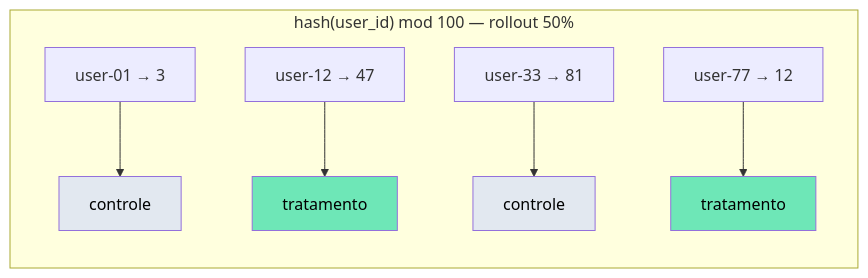
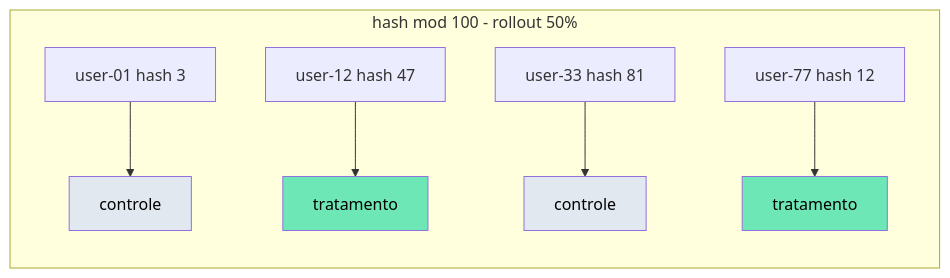
One commit to apsferreira/pulse-service changed the third of 4 diagrams in README.md. Above: the diagram before and after it, drawn with Mermaid. The commit also changed other lines of this file, not shown here.

Commit message:
fix: simplifica diagramas Mermaid removendo caracteres especiais (quotes, em-dash, unicode arrows)

````diff
--- a/README.md
+++ b/README.md
@@ -68,13 +68,13 @@
 ```mermaid
 graph LR
-    subgraph "hash(user_id) mod 100 — rollout 50%"
-        U1["user-01 → 3"] --> K1[controle]
-        U2["user-12 → 47"] --> T1[tratamento]
-        U3["user-33 → 81"] --> K2[controle]
-        U4["user-77 → 12"] --> T2[tratamento]
+    subgraph rollout["hash mod 100 - rollout 50%"]
+        U1[user-01 hash 3] --> K1[controle]
+        U2[user-12 hash 47] --> T1[tratamento]
+        U3[user-33 hash 81] --> K2[controle]
+        U4[user-77 hash 12] --> T2[tratamento]
     end
     style T1 fill:#6ee7b7,color:#000
     style T2 fill:#6ee7b7,color:#000
     style K1 fill:#e2e8f0,color:#000
     style K2 fill:#e2e8f0,color:#000
 ```
````
